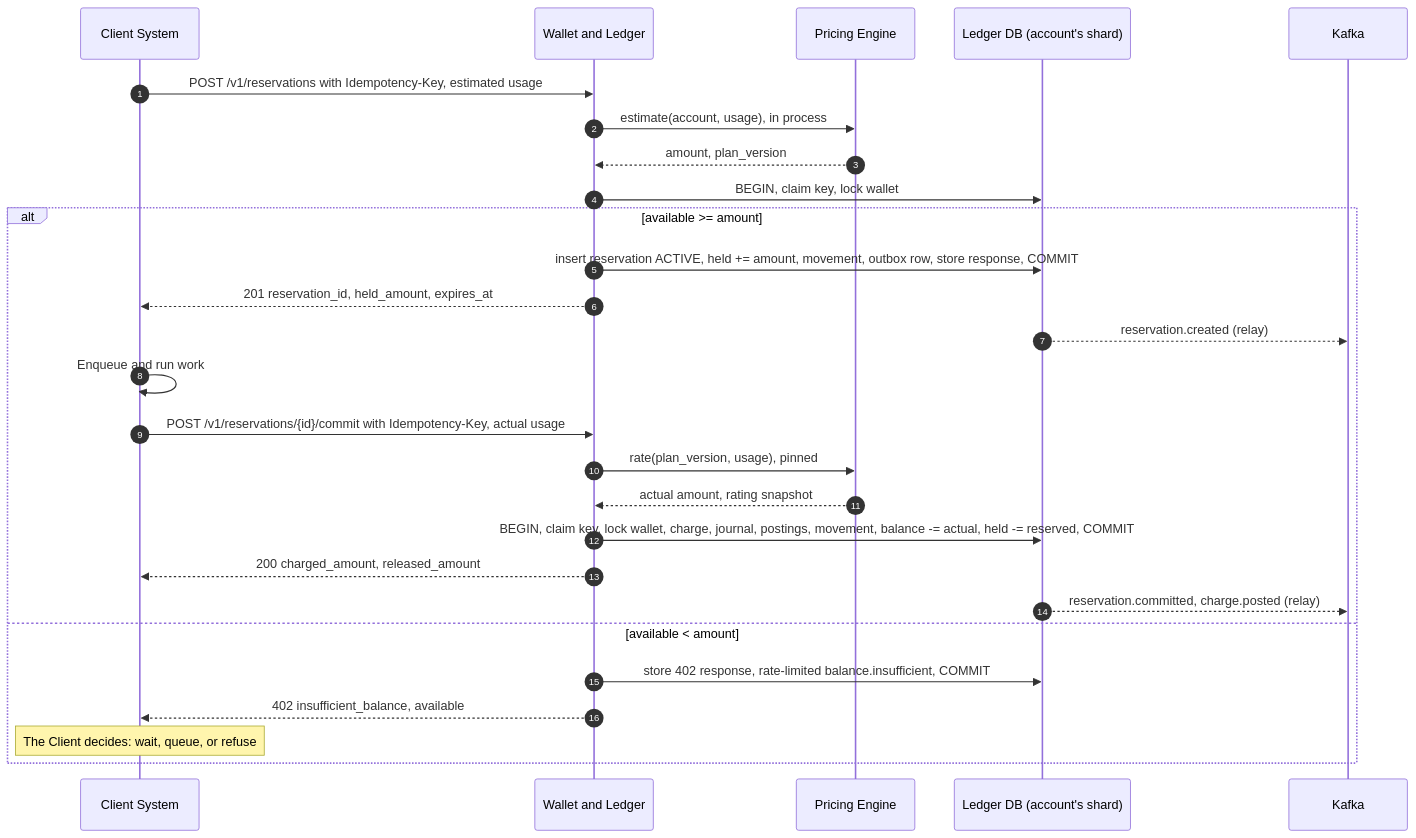
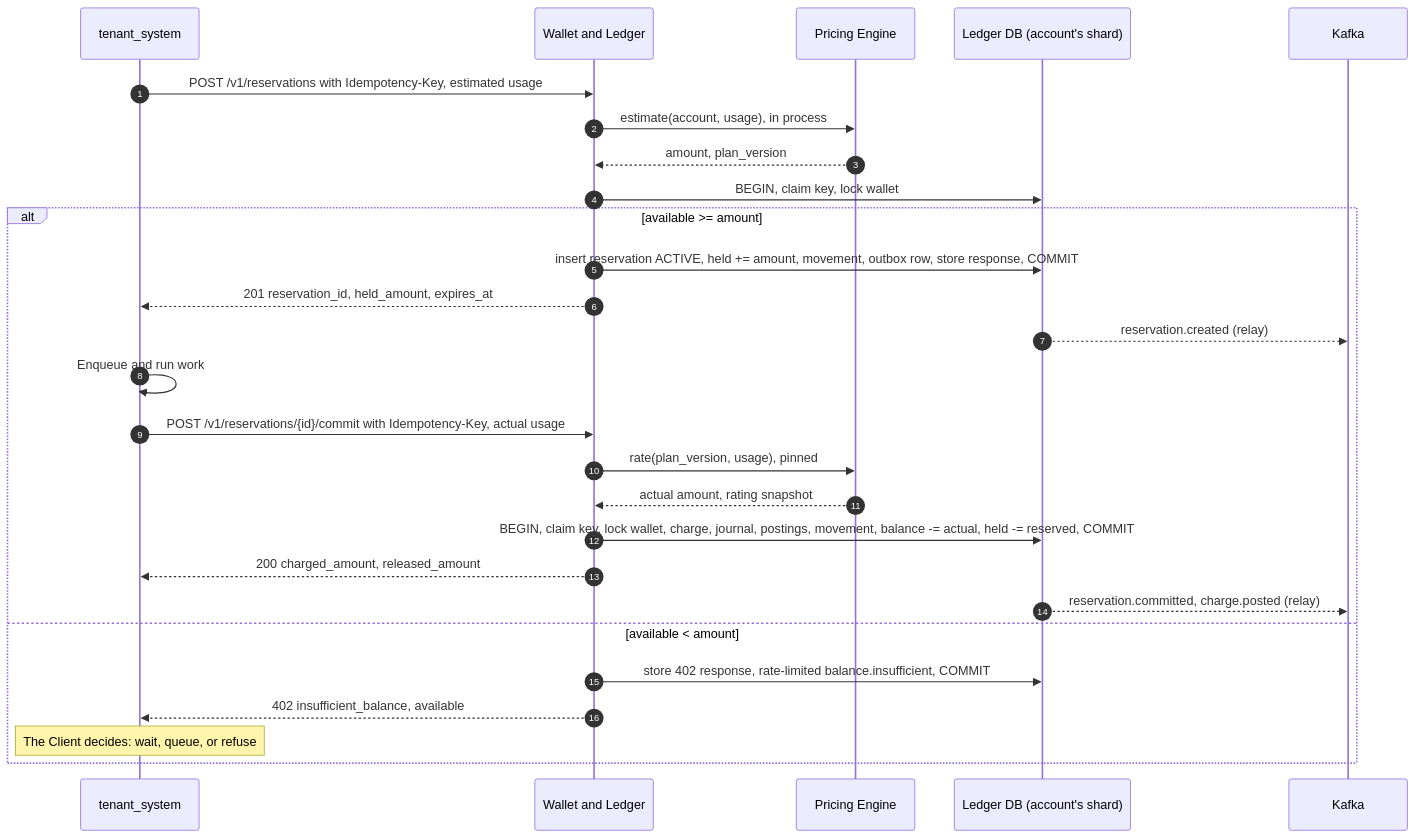
One commit to ninggiangboy/billing-system changed the fourth of 19 diagrams in generic-billing-system-sdd.md. Above: the diagram before and after it, drawn with Mermaid. The commit also changed other lines of this file and 4 other files, not shown here.

````diff
--- a/generic-billing-system-sdd.md
+++ b/generic-billing-system-sdd.md
@@ -898,30 +901,30 @@
 ```mermaid
 sequenceDiagram
     autonumber
-    participant C as Client System
+    participant C as tenant_system
     participant W as Wallet and Ledger
     participant P as Pricing Engine
     participant DB as Ledger DB (account's shard)
     participant K as Kafka
 
     C->>W: POST /v1/reservations with Idempotency-Key, estimated usage
     W->>P: estimate(account, usage), in process
     P-->>W: amount, plan_version
     W->>DB: BEGIN, claim key, lock wallet
     alt available >= amount
         W->>DB: insert reservation ACTIVE, held += amount, movement, outbox row, store response, COMMIT
         W-->>C: 201 reservation_id, held_amount, expires_at
         DB-->>K: reservation.created (relay)
         C->>C: Enqueue and run work
         C->>W: POST /v1/reservations/{id}/commit with Idempotency-Key, actual usage
         W->>P: rate(plan_version, usage), pinned
         P-->>W: actual amount, rating snapshot
         W->>DB: BEGIN, claim key, lock wallet, charge, journal, postings, movement, balance -= actual, held -= reserved, COMMIT
         W-->>C: 200 charged_amount, released_amount
         DB-->>K: reservation.committed, charge.posted (relay)
     else available < amount
         W->>DB: store 402 response, rate-limited balance.insufficient, COMMIT
         W-->>C: 402 insufficient_balance, available
         Note over C: The Client decides: wait, queue, or refuse
     end
 ```
````
